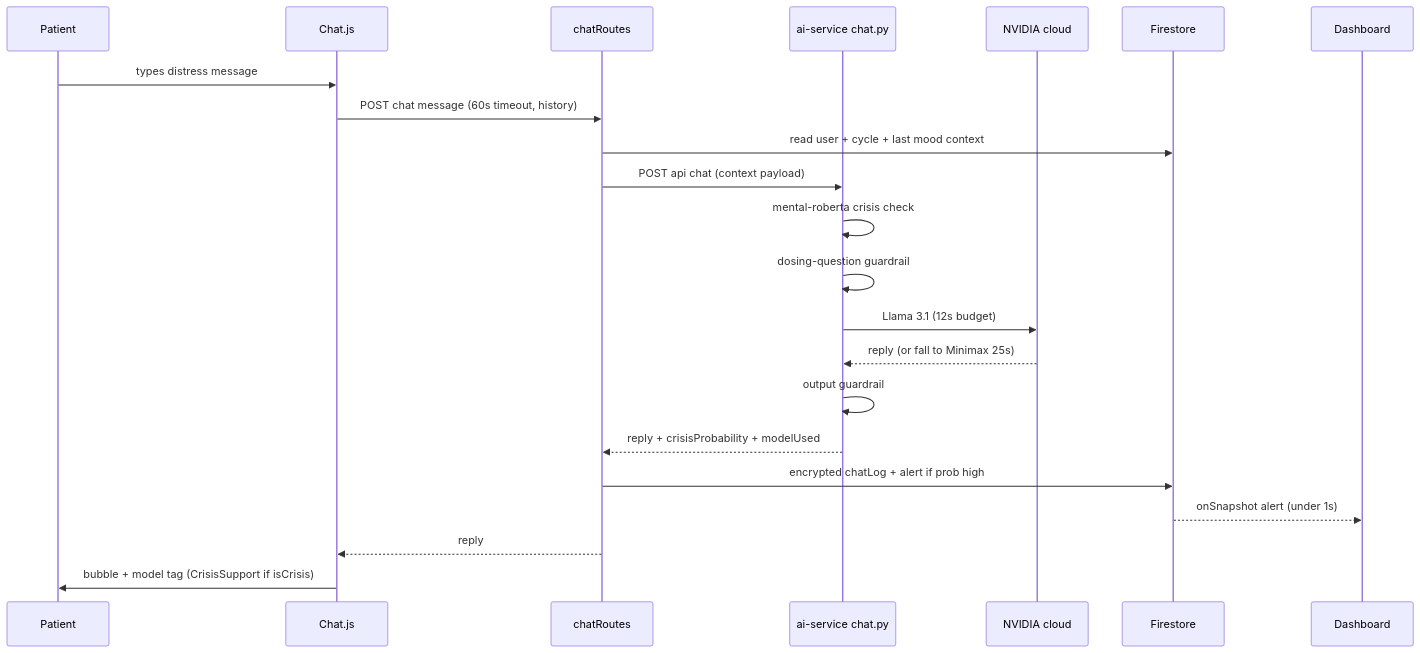
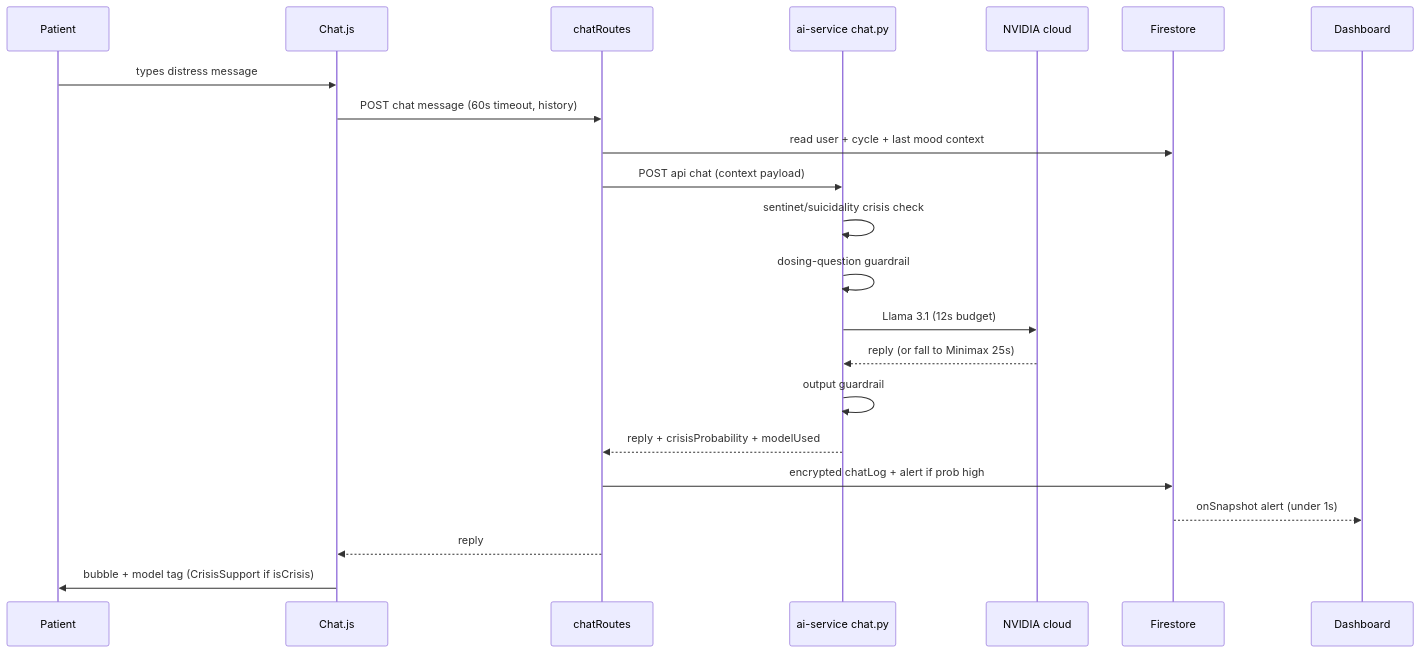
One commit to KARTHIKAKRISHNA123/niranthara-ai-powered-mental-health-continuity changed the fifth of 13 diagrams in README.md. Above: the diagram before and after it, drawn with Mermaid. The commit also changed other lines of this file and 45 other files, not shown here.

````diff
--- a/README.md
+++ b/README.md
@@ -377,24 +377,24 @@
 ```mermaid
 sequenceDiagram
   participant U as Patient
   participant M as Chat.js
   participant B as chatRoutes
   participant A as ai-service chat.py
   participant N as NVIDIA cloud
   participant F as Firestore
   participant D as Dashboard
   U->>M: types distress message
   M->>B: POST chat message (60s timeout, history)
   B->>F: read user + cycle + last mood context
   B->>A: POST api chat (context payload)
-  A->>A: mental-roberta crisis check
+  A->>A: sentinet/suicidality crisis check
   A->>A: dosing-question guardrail
   A->>N: Llama 3.1 (12s budget)
   N-->>A: reply (or fall to Minimax 25s)
   A->>A: output guardrail
   A-->>B: reply + crisisProbability + modelUsed
   B->>F: encrypted chatLog + alert if prob high
   F-->>D: onSnapshot alert (under 1s)
   B-->>M: reply
   M->>U: bubble + model tag (CrisisSupport if isCrisis)
 ```
````
